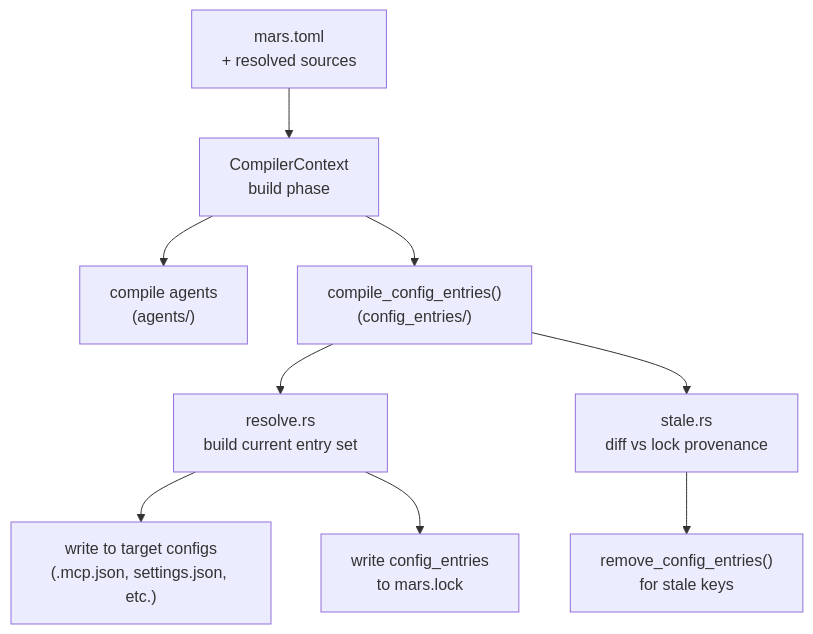
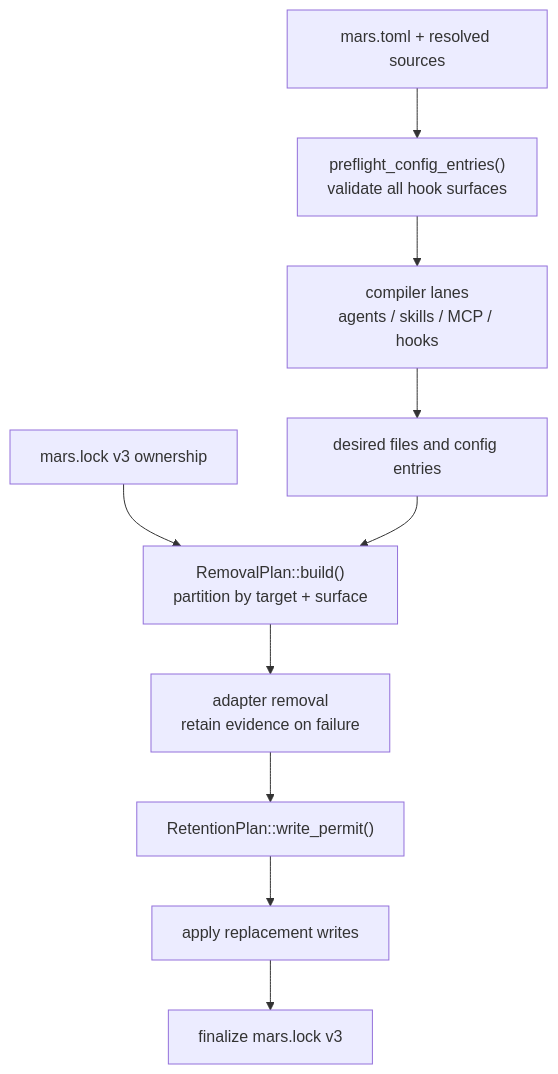
The diagram in kb/architecture/mars-compiler.md (haowjy/meridian-cli-kb), drawn with Mermaid before and after one commit. The commit also changed other lines of this file and 6 other files, not shown here.

Commit message:
docs: align Mars sync ownership and targeting

````diff
--- a/kb/architecture/mars-compiler.md
+++ b/kb/architecture/mars-compiler.md
@@ -53,11 +53,16 @@
 ```mermaid
 graph TD
-    TOML["mars.toml\n+ resolved sources"] --> CTX["CompilerContext\nbuild phase"]
-    CTX --> AGENTS["compile agents\n(agents/)"]
-    CTX --> CE["compile_config_entries()\n(config_entries/)"]
-    CE --> RESOLVE["resolve.rs\nbuild current entry set"]
-    CE --> STALE["stale.rs\ndiff vs lock provenance"]
-    RESOLVE --> WRITE["write to target configs\n(.mcp.json, settings.json, etc.)"]
-    STALE --> REMOVE["remove_config_entries()\nfor stale keys"]
-    RESOLVE --> LOCK["write config_entries\nto mars.lock"]
+    TOML["mars.toml + resolved sources"] --> PREFLIGHT["preflight_config_entries()
+validate all hook surfaces"]
+    PREFLIGHT --> COMPILE["compiler lanes
+agents / skills / MCP / hooks"]
+    COMPILE --> DESIRED["desired files and config entries"]
+    OLD["mars.lock v3 ownership"] --> PLAN["RemovalPlan::build()
+partition by target + surface"]
+    DESIRED --> PLAN
+    PLAN --> REMOVE["adapter removal
+retain evidence on failure"]
+    REMOVE --> PERMIT["RetentionPlan::write_permit()"]
+    PERMIT --> WRITE["apply replacement writes"]
+    WRITE --> LOCK["finalize mars.lock v3"]
 ```
````
